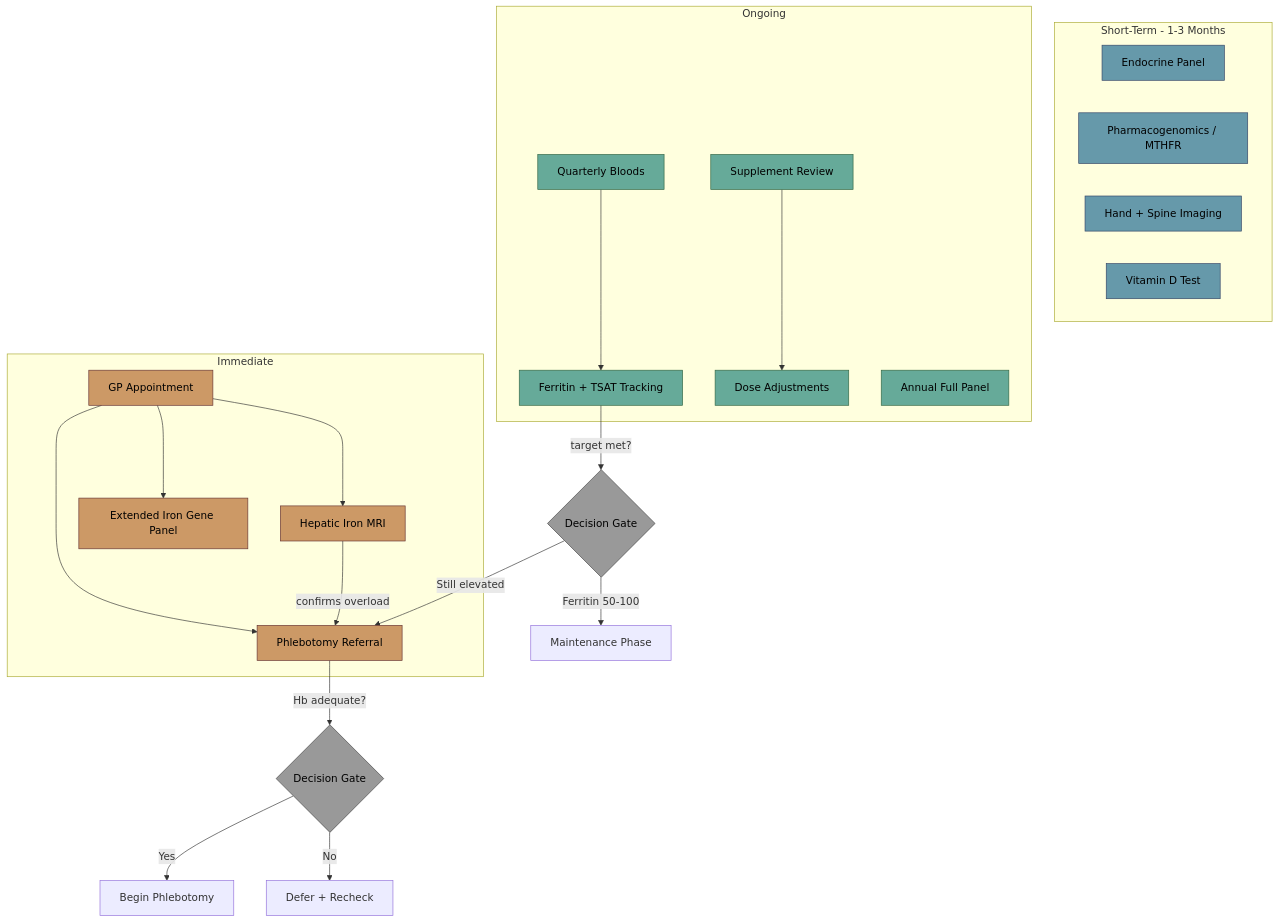
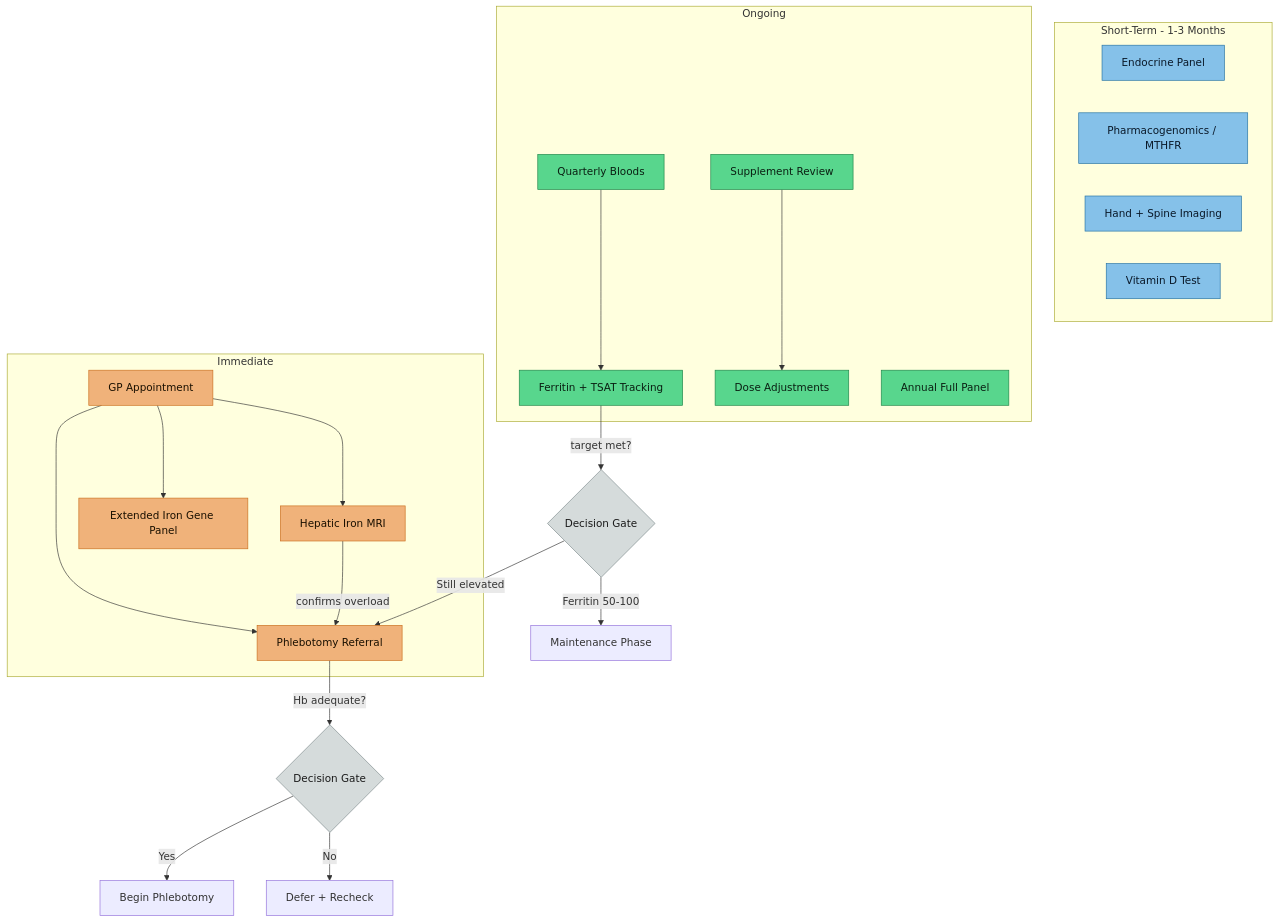
Before and after one commit to Aegis-commits/ag-hfe-adhd-asd-research: the diagram in Action Items and Monitoring Plan.md, drawn with Mermaid. The commit also changed 39 other files, not shown here.

First line of the commit message:
docs(vault): standardise diagram colours for light-mode readability, add MOC quick nav

````diff
--- a/Action Items and Monitoring Plan.md
+++ b/Action Items and Monitoring Plan.md
@@ -27,40 +27,40 @@
 ```mermaid
 flowchart TD
     subgraph Immediate
         GP[GP Appointment] --> PHB[Phlebotomy Referral]
         GP --> MRI[Hepatic Iron MRI]
         GP --> GENE[Extended Iron Gene Panel]
     end
 
     subgraph ST["Short-Term - 1-3 Months"]
         ENDO[Endocrine Panel]
         PHARM[Pharmacogenomics / MTHFR]
         XRAY[Hand + Spine Imaging]
         VITD[Vitamin D Test]
     end
 
     subgraph Ongoing
         QB[Quarterly Bloods] --> FTRK[Ferritin + TSAT Tracking]
         SR[Supplement Review] --> ADJ[Dose Adjustments]
         AN[Annual Full Panel]
     end
 
     MRI -->|confirms overload| PHB
     PHB -->|Hb adequate?| D1{Decision Gate}
     D1 -->|Yes| START[Begin Phlebotomy]
     D1 -->|No| WAIT[Defer + Recheck]
 
     FTRK -->|target met?| D2{Decision Gate}
     D2 -->|Ferritin 50-100| MAINT[Maintenance Phase]
     D2 -->|Still elevated| PHB
 
-    classDef immediate fill:#c96,stroke:#633,color:#000
-    classDef shortterm fill:#69a,stroke:#346,color:#000
-    classDef ongoing fill:#6a9,stroke:#364,color:#000
-    classDef gate fill:#999,stroke:#444,color:#000
+    classDef immediate fill:#f0b27a,stroke:#ca6f1e,color:#1a1000
+    classDef shortterm fill:#85c1e9,stroke:#2471a3,color:#0a1929
+    classDef ongoing fill:#58d68d,stroke:#1e8449,color:#0a1f12
+    classDef gate fill:#d5dbdb,stroke:#7f8c8d,color:#1a1a1a
 
     class GP,PHB,MRI,GENE immediate
     class ENDO,PHARM,XRAY,VITD shortterm
     class QB,SR,AN,FTRK,ADJ ongoing
     class D1,D2 gate
 ```
````
